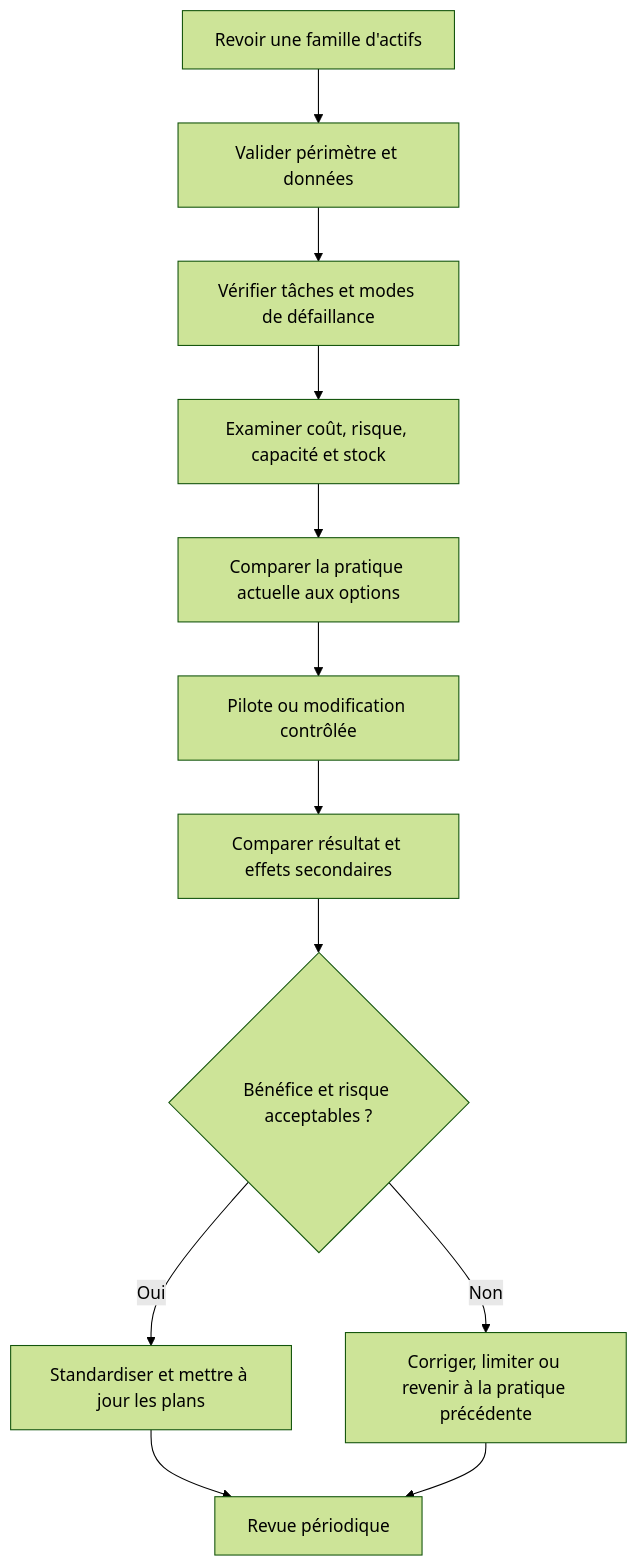
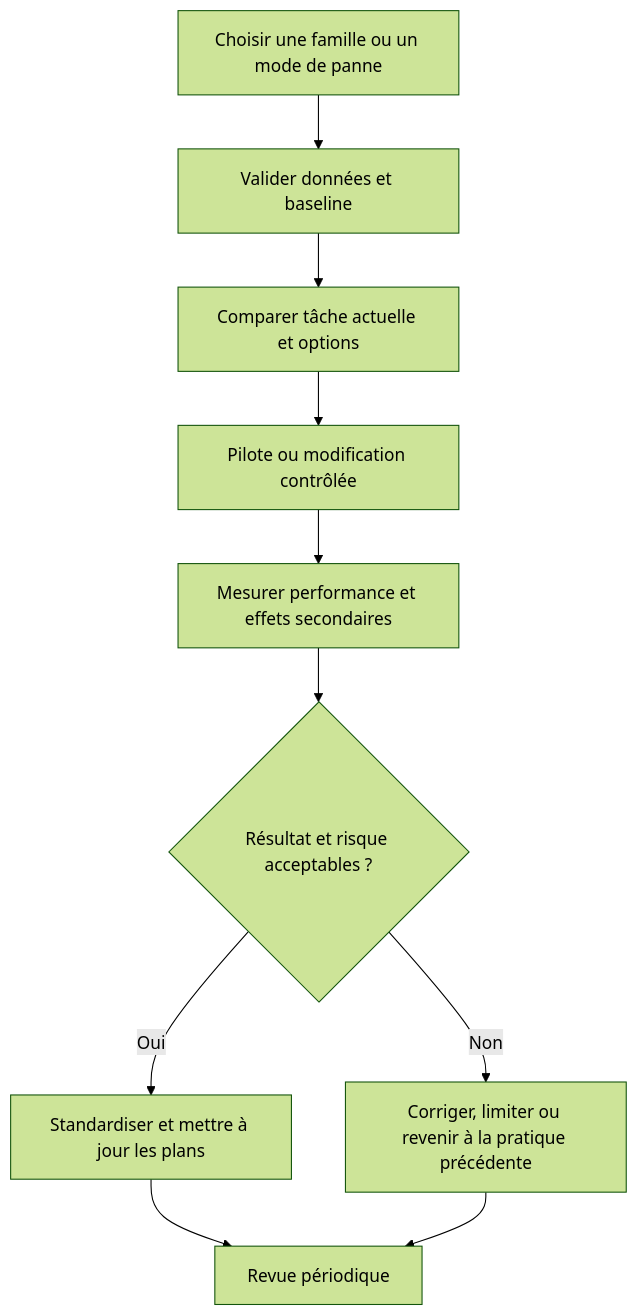
Before and after one commit to biggyseven/Skill-Tree: the ninth of 16 diagrams in content/lessons/maint-strategie-expert.md, drawn with Mermaid (forest theme). The commit also changed other lines of this file, not shown here.

Commit message:
Clarifier les schémas de stratégie de maintenance et de fiabilité

```diff
--- a/content/lessons/maint-strategie-expert.md
+++ b/content/lessons/maint-strategie-expert.md
@@ -172,14 +170,12 @@
 ~~~mermaid
 flowchart TD
-  A["Revoir une famille d'actifs"] --> B["Valider périmètre et données"]
-  B --> C["Vérifier tâches et modes de défaillance"]
-  C --> D["Examiner coût, risque, capacité et stock"]
-  D --> E["Comparer la pratique actuelle aux options"]
-  E --> F["Pilote ou modification contrôlée"]
-  F --> G["Comparer résultat et effets secondaires"]
-  G --> H{"Bénéfice et risque acceptables ?"}
-  H -- "Oui" --> I["Standardiser et mettre à jour les plans"]
-  H -- "Non" --> J["Corriger, limiter ou revenir à la pratique précédente"]
-  I --> K["Revue périodique"]
-  J --> K
+  A["Choisir une famille ou un mode de panne"] --> B["Valider données et baseline"]
+  B --> C["Comparer tâche actuelle et options"]
+  C --> D["Pilote ou modification contrôlée"]
+  D --> E["Mesurer performance et effets secondaires"]
+  E --> F{"Résultat et risque acceptables ?"}
+  F -- "Oui" --> G["Standardiser et mettre à jour les plans"]
+  F -- "Non" --> H["Corriger, limiter ou revenir à la pratique précédente"]
+  G --> I["Revue périodique"]
+  H --> I
 ~~~
```
